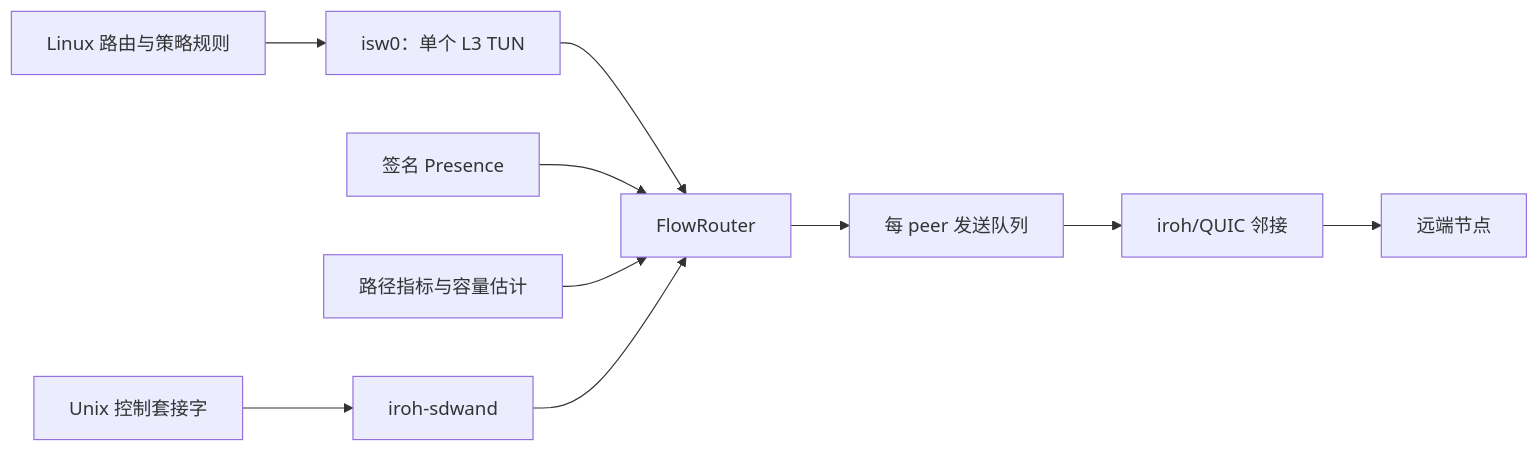
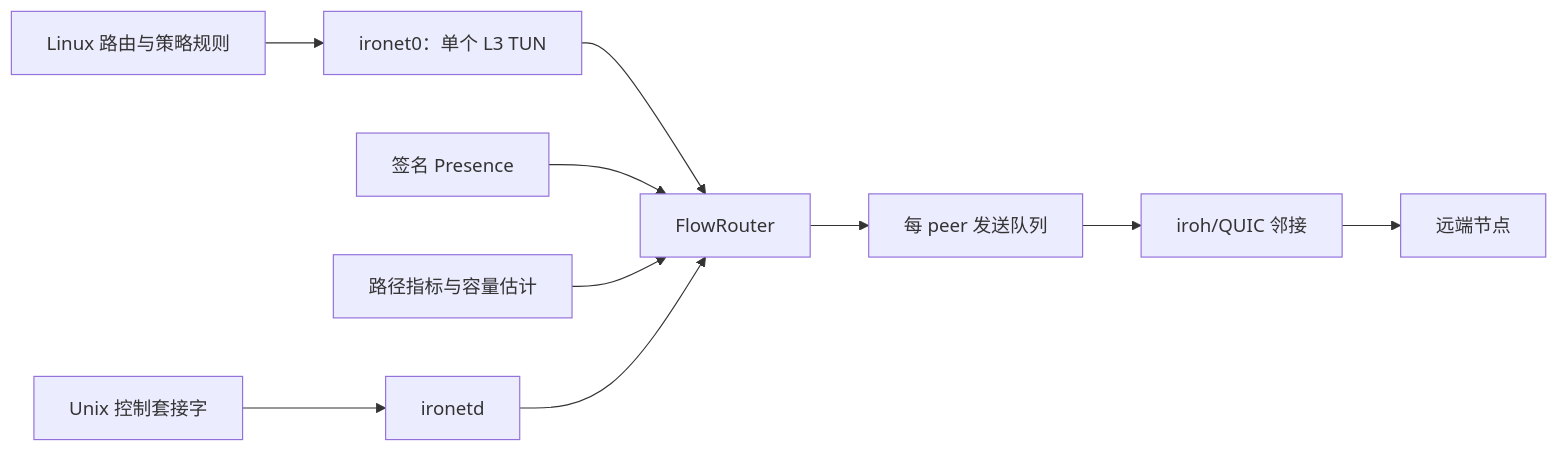
Before and after one commit to p3psi-boo/iroh-sdwan: the diagram in docs/架构与路由模型.md, drawn with Mermaid. The commit also changed other lines of this file and 69 other files, not shown here.

````diff
--- a/docs/架构与路由模型.md
+++ b/docs/架构与路由模型.md
@@ -5,12 +5,12 @@
 ```mermaid
 flowchart LR
-    LR["Linux 路由与策略规则"] --> T["isw0：单个 L3 TUN"]
+    LR["Linux 路由与策略规则"] --> T["ironet0：单个 L3 TUN"]
     T --> F["FlowRouter"]
     F --> Q["每 peer 发送队列"]
     Q --> I["iroh/QUIC 邻接"]
     I --> R["远端节点"]
     P["签名 Presence"] --> F
     M["路径指标与容量估计"] --> F
-    C["Unix 控制套接字"] --> D["iroh-sdwand"]
+    C["Unix 控制套接字"] --> D["ironetd"]
     D --> F
 ```
````
